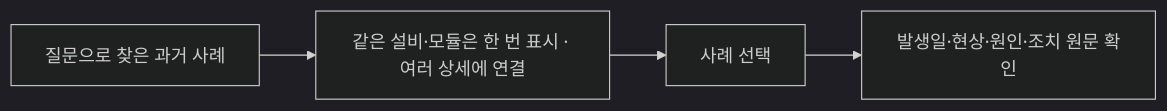
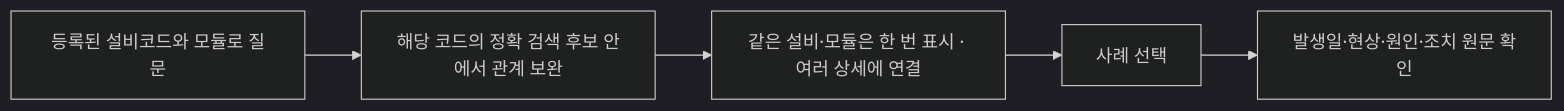
One commit to pmh10401/cs-excel-rag changed the first of 17 diagrams in docs/임원보고서.md. Above: the diagram before and after it, drawn with Mermaid (dark theme). The commit also changed other lines of this file and 7 other files, not shown here.

````diff
--- a/docs/임원보고서.md
+++ b/docs/임원보고서.md
@@ -17,6 +19,7 @@
 ```mermaid
 flowchart LR
-    A[질문으로 찾은 과거 사례] --> B[같은 설비·모듈은 한 번 표시 · 여러 상세에 연결]
+    Q[등록된 설비코드와 모듈로 질문] --> A[해당 코드의 정확 검색 후보 안에서 관계 보완]
+    A --> B[같은 설비·모듈은 한 번 표시 · 여러 상세에 연결]
     B --> C[사례 선택]
     C --> D[발생일·현상·원인·조치 원문 확인]
 ```
````
